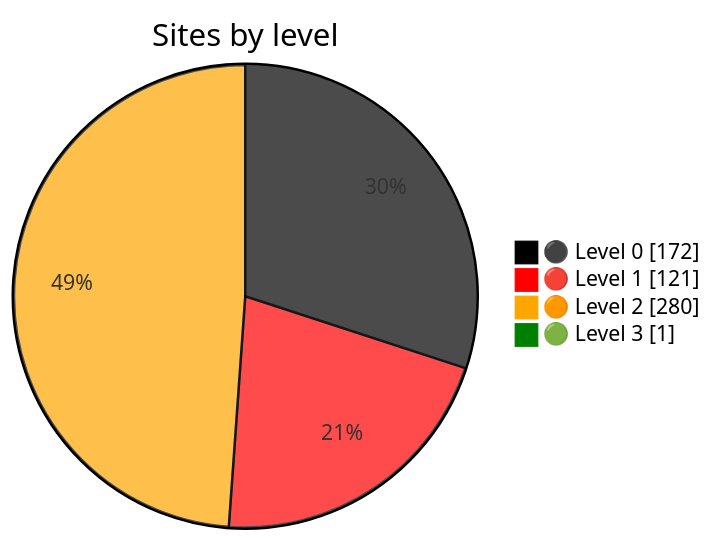
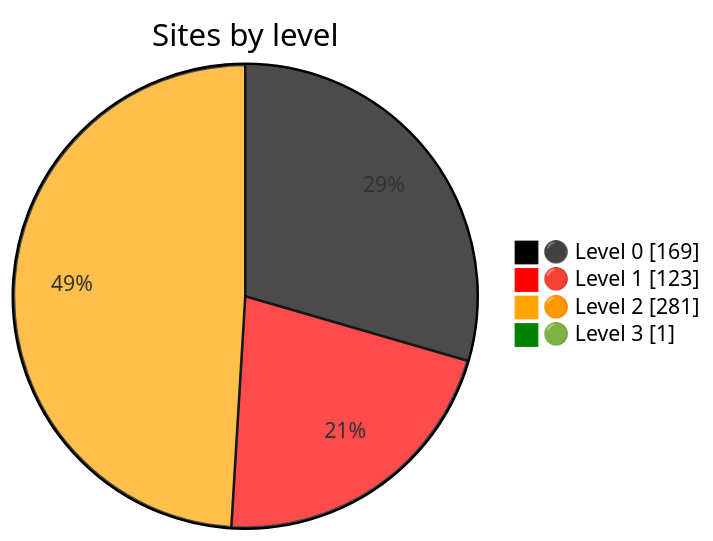
One commit to Dushmilan/gov_lk_web_auditor changed the diagram in README.md. Above: the diagram before and after it, drawn with Mermaid. The commit also changed other lines of this file and 2585 other files, not shown here.

````diff
--- a/README.md
+++ b/README.md
@@ -24,9 +24,9 @@
 ```mermaid
 %%{init: {"themeVariables":{"pie1":"black","pie2":"red","pie3":"orange","pie4":"green"}}}%%
 pie showData
     title Sites by level
-    "⚫ Level 0" : 172
-    "🔴 Level 1" : 121
-    "🟠 Level 2" : 280
+    "⚫ Level 0" : 169
+    "🔴 Level 1" : 123
+    "🟠 Level 2" : 281
     "🟢 Level 3" : 1
 ```
````
